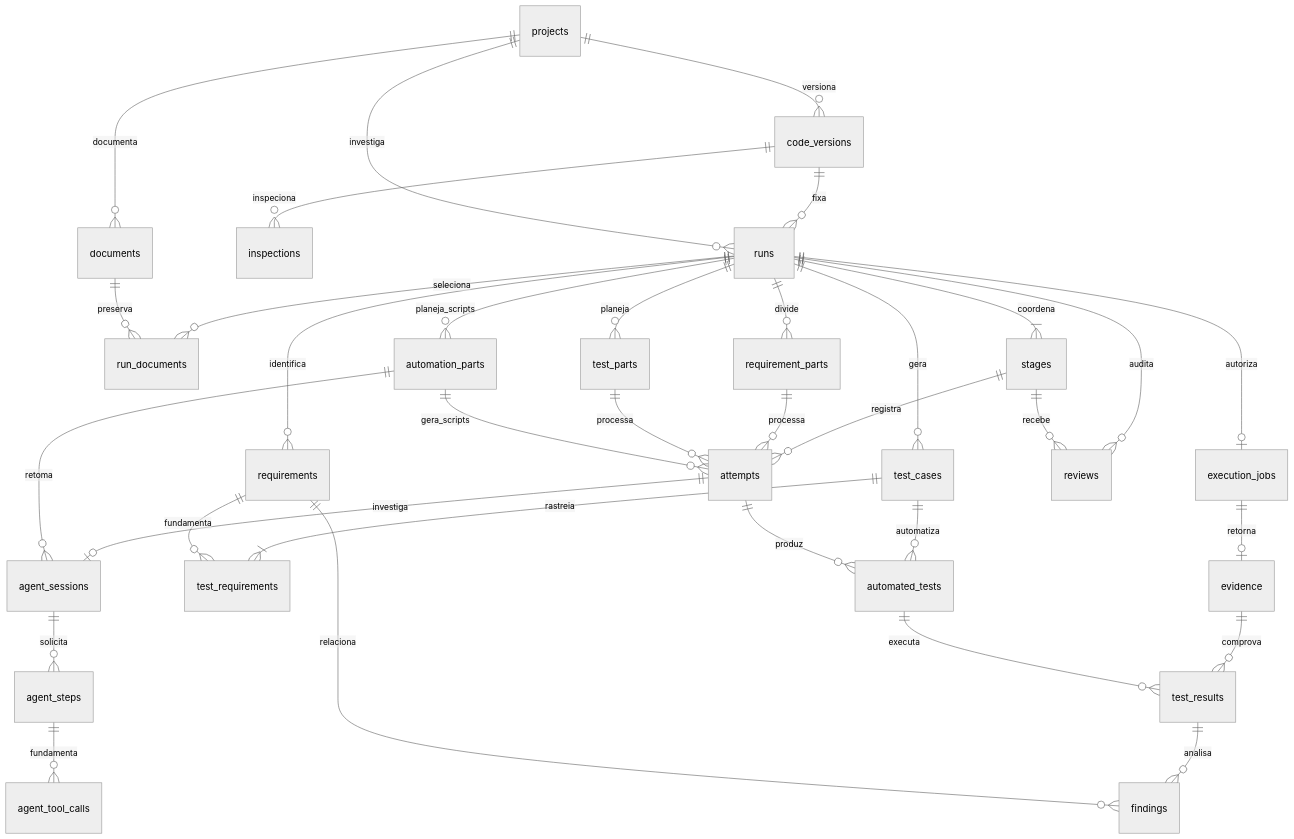
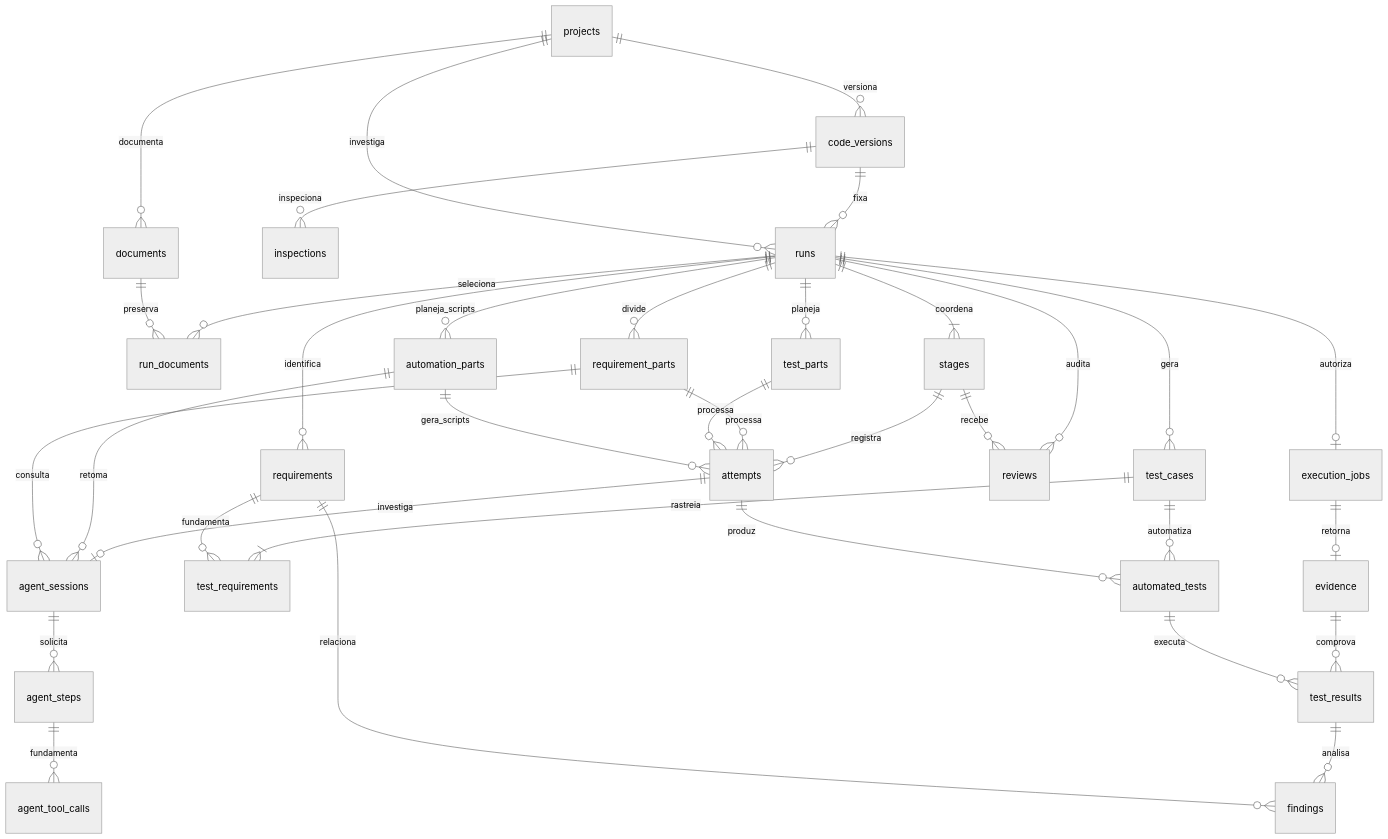
The second of 3 diagrams in docs/ARQUITETURA_PESQUISA.md (lucaasbonfim/tcc), drawn with Mermaid (neutral theme) before and after one commit. The commit also changed other lines of this file and 21 other files, not shown here.

````diff
--- a/docs/ARQUITETURA_PESQUISA.md
+++ b/docs/ARQUITETURA_PESQUISA.md
@@ -59,36 +59,37 @@
 ```mermaid
 erDiagram
   projects ||--o{ code_versions : versiona
   projects ||--o{ documents : documenta
   code_versions ||--o{ inspections : inspeciona
   code_versions ||--o{ runs : fixa
   projects ||--o{ runs : investiga
   runs ||--o{ run_documents : seleciona
   documents ||--o{ run_documents : preserva
   runs ||--|{ stages : coordena
   stages ||--o{ attempts : registra
   attempts ||--o| agent_sessions : investiga
   automation_parts ||--o{ agent_sessions : retoma
+  requirement_parts ||--o{ agent_sessions : consulta
   agent_sessions ||--o{ agent_steps : solicita
   agent_steps ||--o{ agent_tool_calls : fundamenta
   runs ||--o{ requirement_parts : divide
   requirement_parts ||--o{ attempts : processa
   runs ||--o{ requirements : identifica
   runs ||--o{ test_cases : gera
   runs ||--o{ test_parts : planeja
   test_parts ||--o{ attempts : processa
   runs ||--o{ automation_parts : planeja_scripts
   automation_parts ||--o{ attempts : gera_scripts
   test_cases ||--|{ test_requirements : rastreia
   requirements ||--o{ test_requirements : fundamenta
   test_cases ||--o{ automated_tests : automatiza
   attempts ||--o{ automated_tests : produz
   runs ||--o| execution_jobs : autoriza
   execution_jobs ||--o| evidence : retorna
   evidence ||--o{ test_results : comprova
   automated_tests ||--o{ test_results : executa
   test_results ||--o{ findings : analisa
   requirements ||--o{ findings : relaciona
   runs ||--o{ reviews : audita
   stages ||--o{ reviews : recebe
 ```
````
